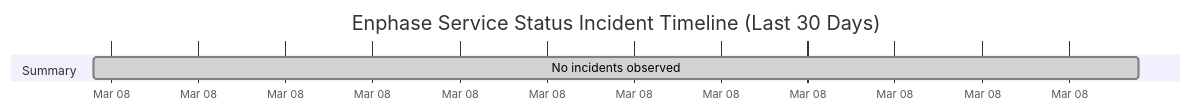
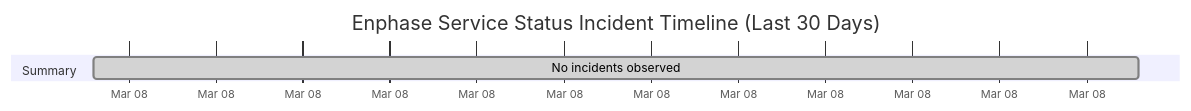
Before and after one commit to barneyonline/ha-enphase-ev-charger: the diagram in wiki/Service-Status-History.md, drawn with Mermaid. The commit also changed other lines of this file and 3 other files, not shown here.

````diff
--- a/wiki/Service-Status-History.md
+++ b/wiki/Service-Status-History.md
@@ -14,8 +14,8 @@
 ```mermaid
 gantt
     title Enphase Service Status Incident Timeline (Last 30 Days)
     dateFormat  YYYY-MM-DDTHH:mm:ss
     axisFormat  %b %d
     section Summary
-    No incidents observed :done, 2026-03-08T15:15:14, 1m
+    No incidents observed :done, 2026-03-08T16:17:23, 1m
 ```
````
